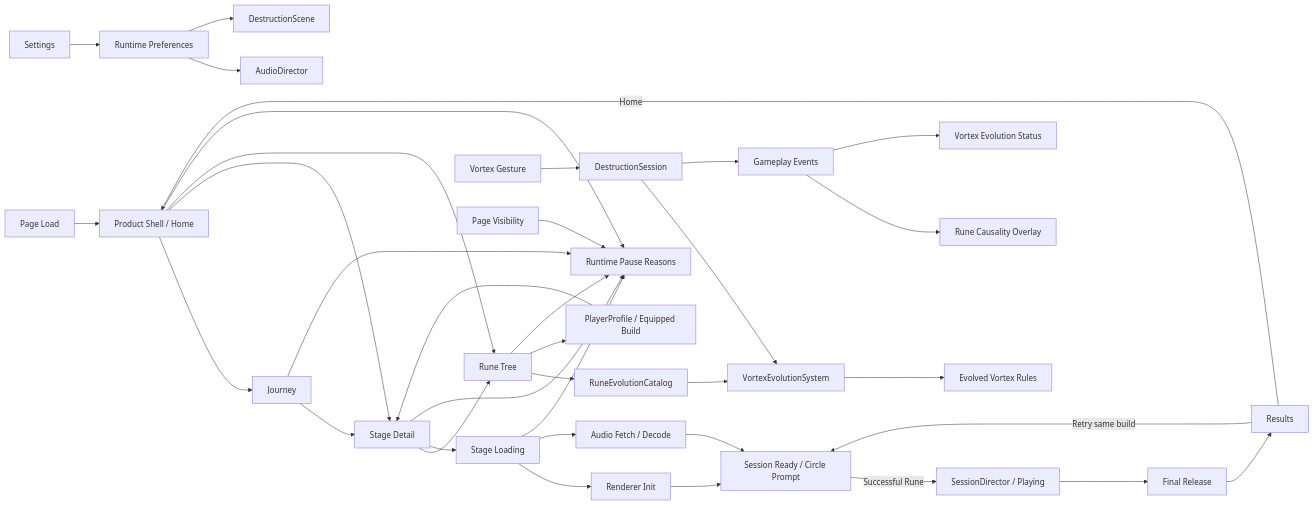
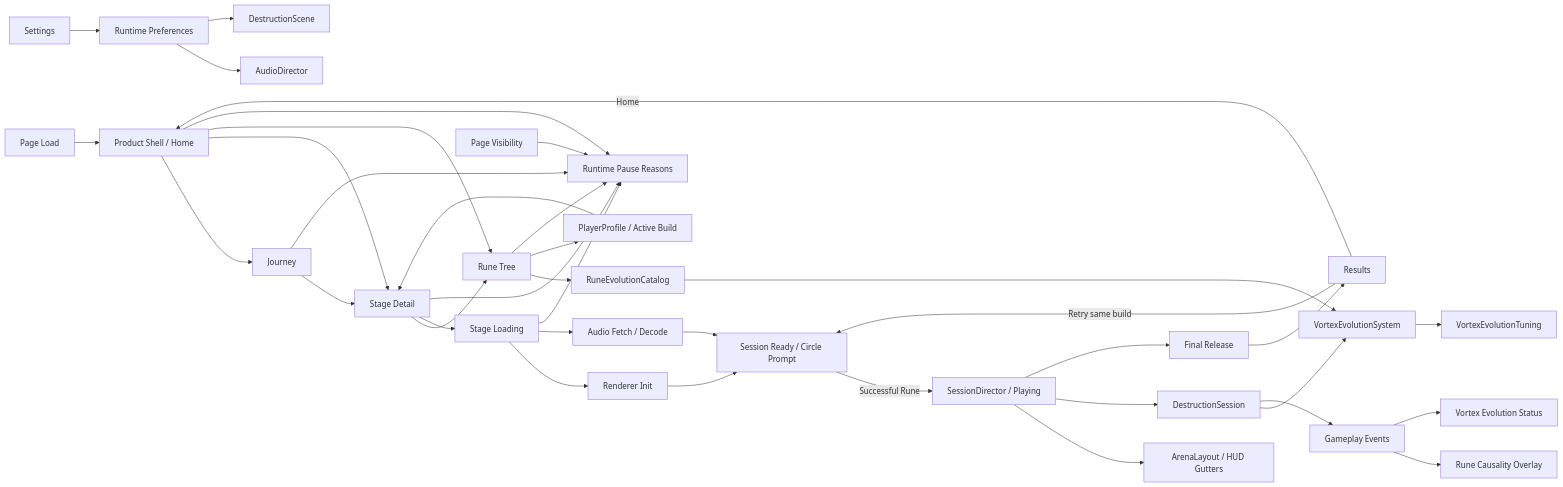
One commit to zeroLR/2D-game-playground changed the diagram in rune-ball/README.md. Above: the diagram before and after it, drawn with Mermaid. The commit also changed other lines of this file, not shown here.

Commit message:
docs(rune-ball): advance milestone to P8.2.1

````diff
--- a/rune-ball/README.md
+++ b/rune-ball/README.md
@@ -72,42 +72,42 @@
 ```mermaid
 flowchart LR
   Boot[Page Load] --> Home[Product Shell / Home]
 
   Home --> Journey[Journey]
   Journey --> Stage[Stage Detail]
   Home --> Stage
   Home --> Runes[Rune Tree]
   Stage --> Runes
   Runes --> Catalog[RuneEvolutionCatalog]
-  Runes --> Profile[PlayerProfile / Equipped Build]
+  Runes --> Profile[PlayerProfile / Active Build]
   Catalog --> Evolution[VortexEvolutionSystem]
   Profile --> Stage
 
   Stage --> Loading[Stage Loading]
   Loading --> Renderer[Renderer Init]
   Loading --> Audio[Audio Fetch / Decode]
   Renderer --> Ready[Session Ready / Circle Prompt]
   Audio --> Ready
   Ready -->|Successful Rune| Run[SessionDirector / Playing]
+  Run --> Layout[ArenaLayout / HUD Gutters]
+  Run --> Domain[DestructionSession]
+  Domain --> Evolution
+  Evolution --> Tuning[VortexEvolutionTuning]
+  Domain --> Events[Gameplay Events]
+  Events --> Causality[Rune Causality Overlay]
+  Events --> Status[Vortex Evolution Status]
   Run --> Final[Final Release]
   Final --> Results[Results]
   Results -->|Retry same build| Ready
   Results -->|Home| Home
-
-  Gesture[Vortex Gesture] --> Domain[DestructionSession]
-  Domain --> Evolution
-  Evolution --> Rules[Evolved Vortex Rules]
-  Domain --> Events[Gameplay Events]
-  Events --> Causality[Rune Causality Overlay]
-  Events --> Status[Vortex Evolution Status]
 
   Settings[Settings] --> Prefs[Runtime Preferences]
   Prefs --> AudioDirector[AudioDirector]
   Prefs --> Scene[DestructionScene]
   Visibility[Page Visibility] --> Pause[Runtime Pause Reasons]
   Home --> Pause
   Journey --> Pause
   Runes --> Pause
   Stage --> Pause
   Loading --> Pause
 ```
````
